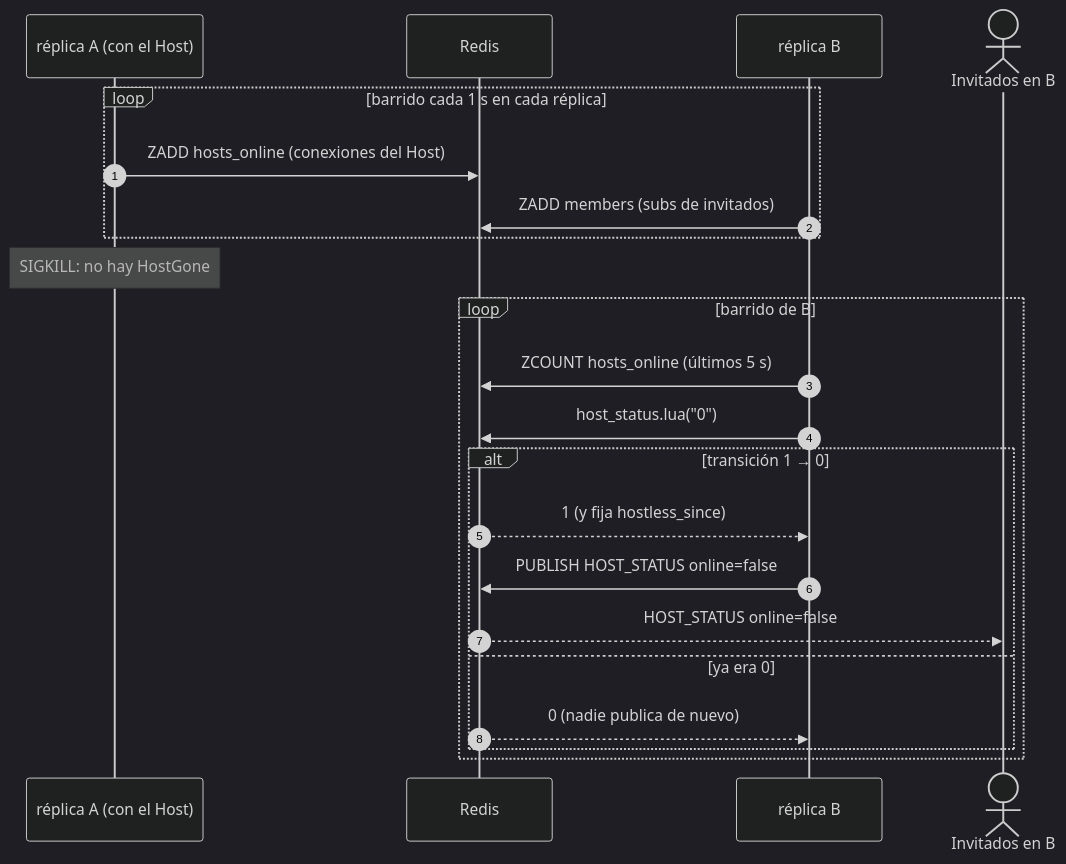
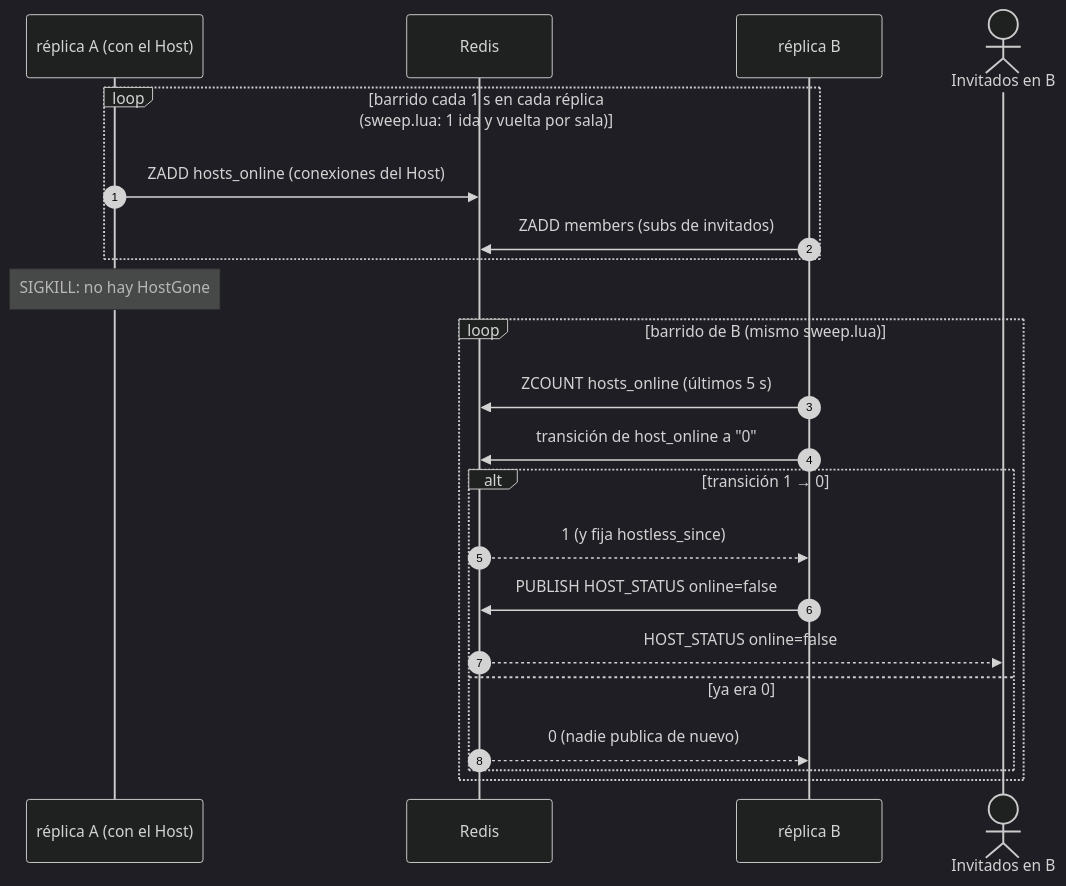
Before and after one commit to N1ghtlyC0de/TINT: the ninth of 17 diagrams in docs/dominio-reproduccion.md, drawn with Mermaid (dark theme). The commit also changed other lines of this file and 1 other file, not shown here.

````diff
--- a/docs/dominio-reproduccion.md
+++ b/docs/dominio-reproduccion.md
@@ -441,25 +448,25 @@
 ```mermaid
 sequenceDiagram
     autonumber
     participant A as réplica A (con el Host)
     participant R as Redis
     participant B as réplica B
     actor Inv as Invitados en B
 
-    loop barrido cada 1 s en cada réplica
+    loop barrido cada 1 s en cada réplica (sweep.lua: 1 ida y vuelta por sala)
         A->>R: ZADD hosts_online (conexiones del Host)
         B->>R: ZADD members (subs de invitados)
     end
     Note over A: SIGKILL: no hay HostGone
-    loop barrido de B
+    loop barrido de B (mismo sweep.lua)
         B->>R: ZCOUNT hosts_online (últimos 5 s)
-        B->>R: host_status.lua("0")
+        B->>R: transición de host_online a "0"
         alt transición 1 → 0
             R-->>B: 1 (y fija hostless_since)
             B->>R: PUBLISH HOST_STATUS online=false
             R-->>Inv: HOST_STATUS online=false
         else ya era 0
             R-->>B: 0 (nadie publica de nuevo)
         end
     end
 ```
````
